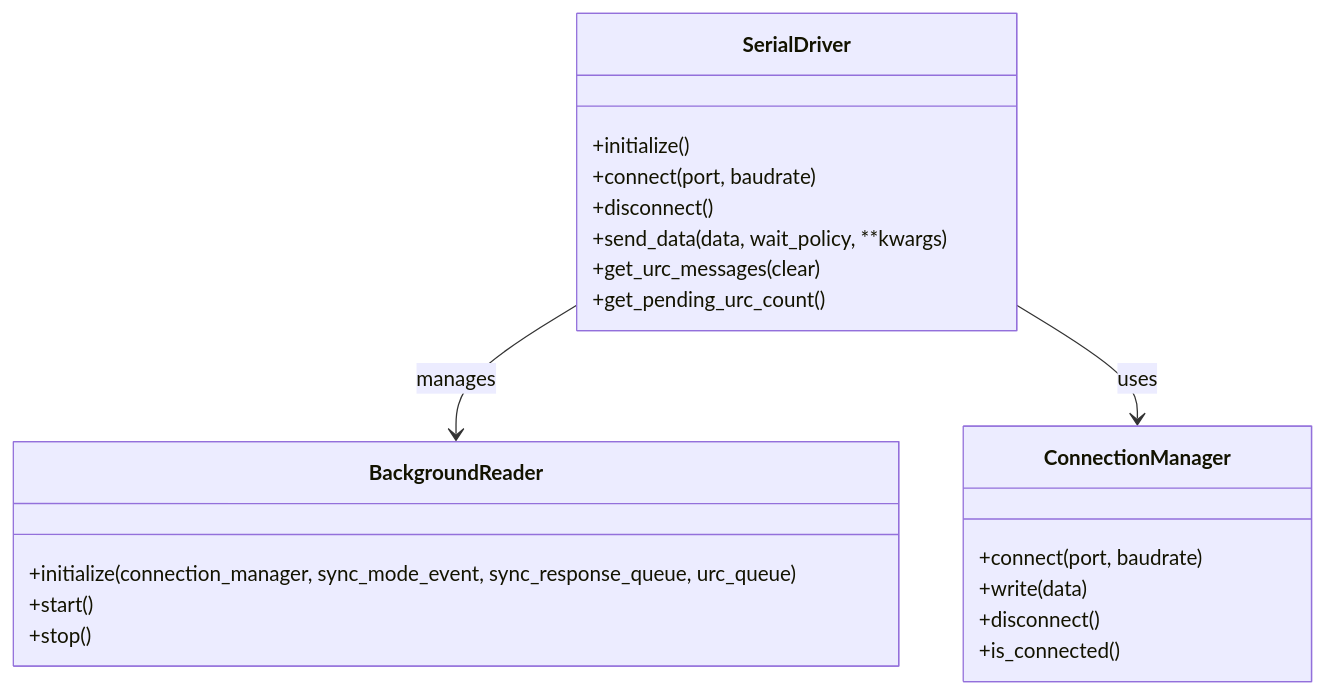
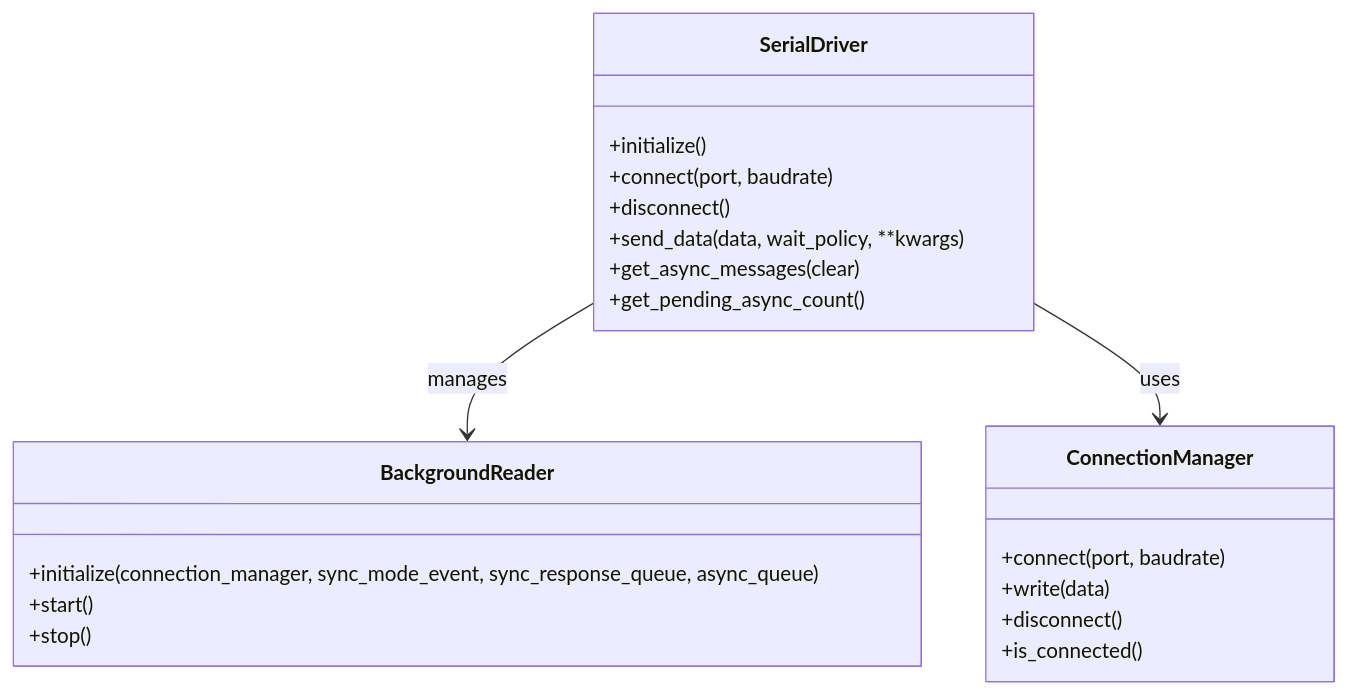
The third of 5 diagrams in doc/05-软件实现架构文档.md (niusulong/serial2mcp1), drawn with Mermaid before and after one commit. The commit also changed other lines of this file and 13 other files, not shown here.

````diff
--- a/doc/05-软件实现架构文档.md
+++ b/doc/05-软件实现架构文档.md
@@ -158,27 +158,27 @@
 ```mermaid
 classDiagram
     class SerialDriver {
         +initialize()
         +connect(port, baudrate)
         +disconnect()
         +send_data(data, wait_policy, **kwargs)
-        +get_urc_messages(clear)
-        +get_pending_urc_count()
+        +get_async_messages(clear)
+        +get_pending_async_count()
     }
 
     class BackgroundReader {
-        +initialize(connection_manager, sync_mode_event, sync_response_queue, urc_queue)
+        +initialize(connection_manager, sync_mode_event, sync_response_queue, async_queue)
         +start()
         +stop()
     }
 
     class ConnectionManager {
         +connect(port, baudrate)
         +write(data)
         +disconnect()
         +is_connected()
     }
 
     SerialDriver --> BackgroundReader : manages
     SerialDriver --> ConnectionManager : uses
 ```
````
